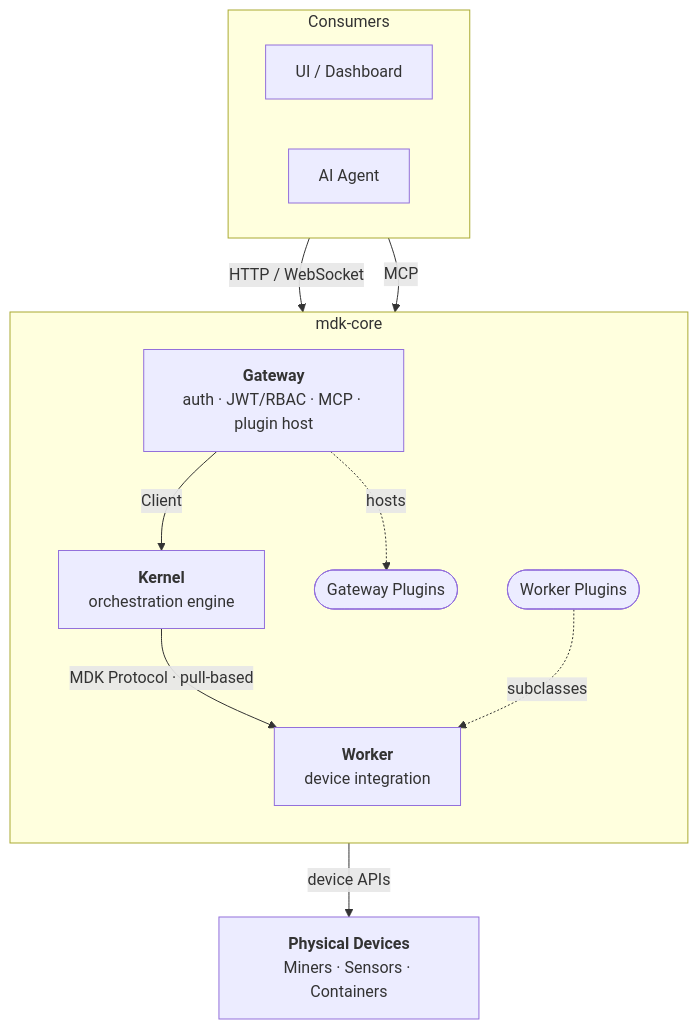
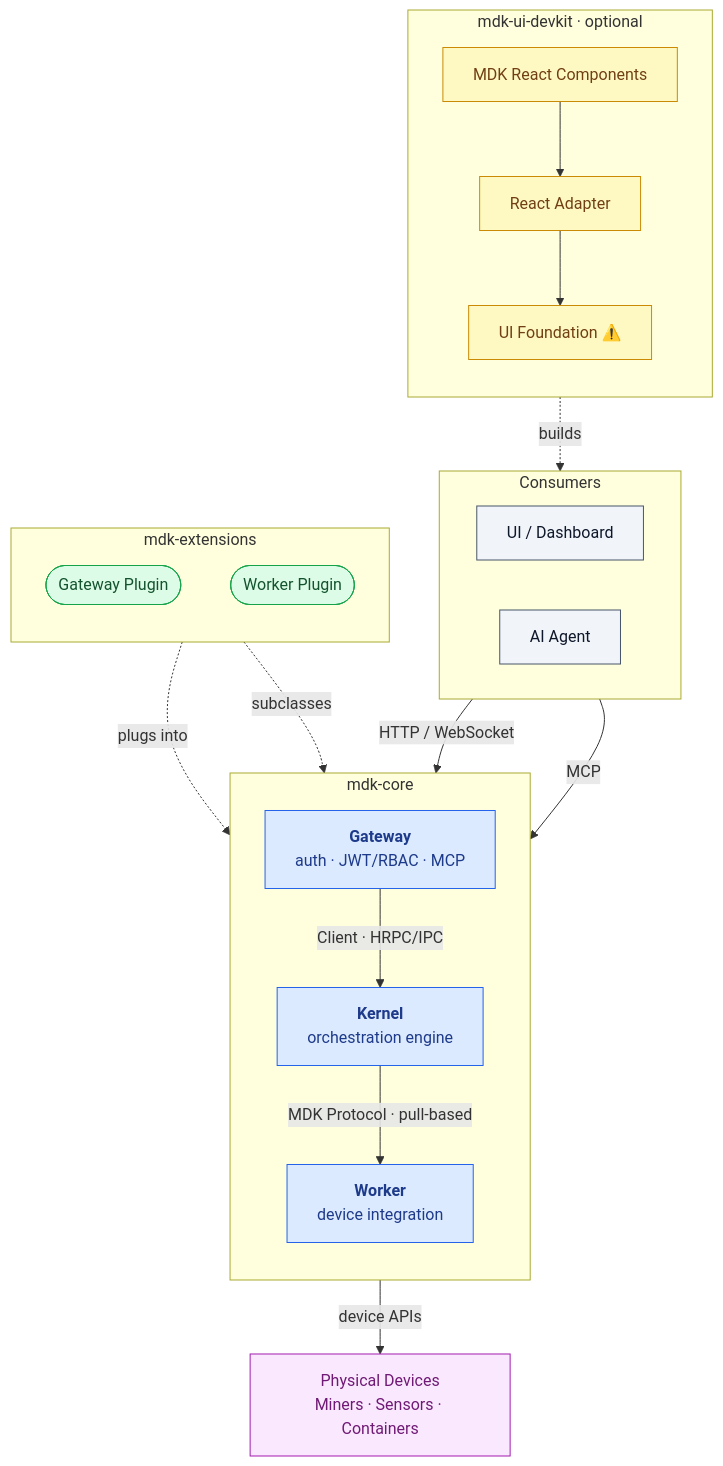
The diagram in docs/DOC-HIERARCHY.md (ankit-tether/mdk-be), drawn with Mermaid before and after one commit. The commit also changed other lines of this file and 1 other file, not shown here.

Commit message:
Add architecture diagram and update component naming in DOC-HIERARCHY.md

````diff
--- a/docs/DOC-HIERARCHY.md
+++ b/docs/DOC-HIERARCHY.md
@@ -50,28 +55,50 @@
 ```mermaid
 flowchart TD
+    subgraph DEVKIT["mdk-ui-devkit · optional"]
+        direction TB
+        RC["MDK React Components"] --> RA["React Adapter"] --> UIF["UI Foundation ⚠️"]
+    end
+
     subgraph CONSUMERS["Consumers"]
         direction LR
         UI["UI / Dashboard"]
         AI["AI Agent"]
     end
 
     subgraph CORE["mdk-core"]
         direction TB
-        GW["<b>Gateway</b><br/>auth · JWT/RBAC · MCP · plugin host"]
+        GW["<b>Gateway</b><br/>auth · JWT/RBAC · MCP"]
         KR["<b>Kernel</b><br/>orchestration engine"]
         WK["<b>Worker</b><br/>device integration"]
-        GP(["Gateway Plugins"])
-        WP(["Worker Plugins"])
     end
 
-    DEVICES["<b>Physical Devices</b><br/>Miners · Sensors · Containers"]
+    subgraph EXT["mdk-extensions"]
+        direction TB
+        GP(["Gateway Plugin"])
+        WP(["Worker Plugin"])
+    end
 
-    UI -->|"HTTP / WebSocket"| GW
-    AI -->|"MCP"| GW
-    GW -->|"Client"| KR
-    KR -->|"MDK Protocol · pull-based"| WK
-    WK -->|"device APIs"| DEVICES
+    DEVICES["Physical Devices<br/>Miners · Sensors · Containers"]
 
-    GW -.->|hosts| GP
-    WP -.->|subclasses| WK
+    UIF -.->|"builds"| UI
+    UI  -->|"HTTP / WebSocket"| GW
+    AI  -->|"MCP"| GW
+    GW  -->|"Client · HRPC/IPC"| KR
+    KR  -->|"MDK Protocol · pull-based"| WK
+    WK  -->|"device APIs"| DEVICES
+
+    GP  -.->|"plugs into"| GW
+    WP  -.->|"subclasses"| WK
+
+    classDef core fill:#dbeafe,stroke:#2563eb,color:#1e3a8a;
+    classDef ext fill:#dcfce7,stroke:#16a34a,color:#14532d;
+    classDef devkit fill:#fef9c3,stroke:#ca8a04,color:#713f12;
+    classDef consumer fill:#f1f5f9,stroke:#475569,color:#0f172a;
+    classDef device fill:#fae8ff,stroke:#a21caf,color:#701a75;
+
+    class GW,KR,WK core;
+    class GP,WP ext;
+    class RC,RA,UIF devkit;
+    class UI,AI consumer;
+    class DEVICES device;
 ```
````
